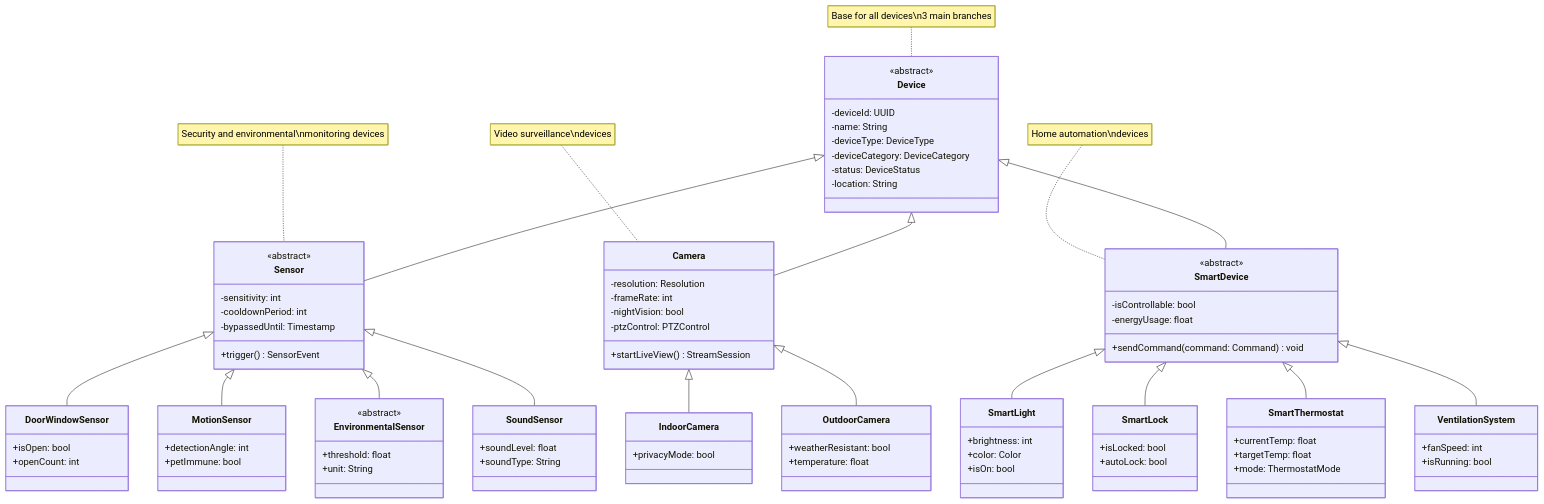
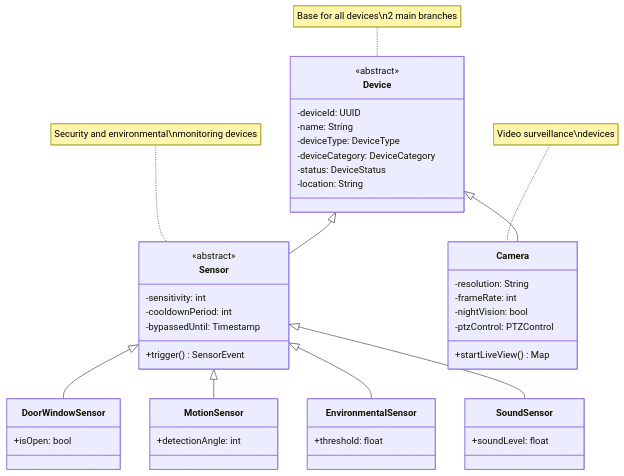
Before and after one commit to mj010101/swe_25f: diagram 13 of 14 in diagrams/data_layer_class_diagram.md, drawn with Mermaid. The commit also changed other lines of this file and 4 other files, not shown here.

````diff
--- a/diagrams/data_layer_class_diagram.md
+++ b/diagrams/data_layer_class_diagram.md
@@ -749,91 +459,38 @@
     }
 
     class Camera {
-        -resolution: Resolution
+        -resolution: String
         -frameRate: int
         -nightVision: bool
         -ptzControl: PTZControl
-        +startLiveView() StreamSession
-    }
-
-    class SmartDevice {
-        <<abstract>>
-        -isControllable: bool
-        -energyUsage: float
-        +sendCommand(command: Command) void
+        +startLiveView() Map
     }
 
     class DoorWindowSensor {
         +isOpen: bool
-        +openCount: int
     }
 
     class MotionSensor {
         +detectionAngle: int
-        +petImmune: bool
     }
 
     class EnvironmentalSensor {
-        <<abstract>>
         +threshold: float
-        +unit: String
     }
 
     class SoundSensor {
         +soundLevel: float
-        +soundType: String
-    }
-
-    class IndoorCamera {
-        +privacyMode: bool
-    }
-
-    class OutdoorCamera {
-        +weatherResistant: bool
-        +temperature: float
-    }
-
-    class SmartLight {
-        +brightness: int
-        +color: Color
-        +isOn: bool
-    }
-
-    class SmartLock {
-        +isLocked: bool
-        +autoLock: bool
-    }
-
-    class SmartThermostat {
-        +currentTemp: float
-        +targetTemp: float
-        +mode: ThermostatMode
-    }
-
-    class VentilationSystem {
-        +fanSpeed: int
-        +isRunning: bool
     }
 
     Device <|-- Sensor
     Device <|-- Camera
-    Device <|-- SmartDevice
 
     Sensor <|-- DoorWindowSensor
     Sensor <|-- MotionSensor
     Sensor <|-- EnvironmentalSensor
     Sensor <|-- SoundSensor
 
-    Camera <|-- IndoorCamera
-    Camera <|-- OutdoorCamera
-
-    SmartDevice <|-- SmartLight
-    SmartDevice <|-- SmartLock
-    SmartDevice <|-- SmartThermostat
-    SmartDevice <|-- VentilationSystem
-
-    note for Device "Base for all devices\n3 main branches"
+    note for Device "Base for all devices\n2 main branches"
     note for Sensor "Security and environmental\nmonitoring devices"
     note for Camera "Video surveillance\ndevices"
-    note for SmartDevice "Home automation\ndevices"
 ```
````
